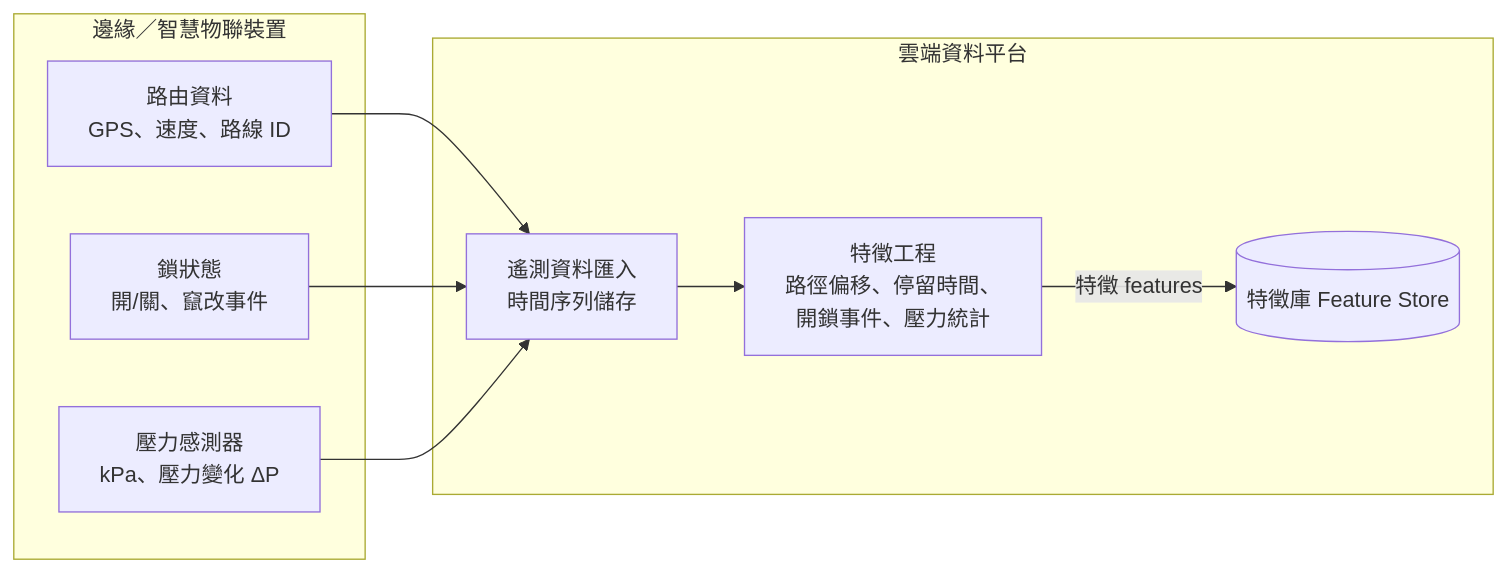
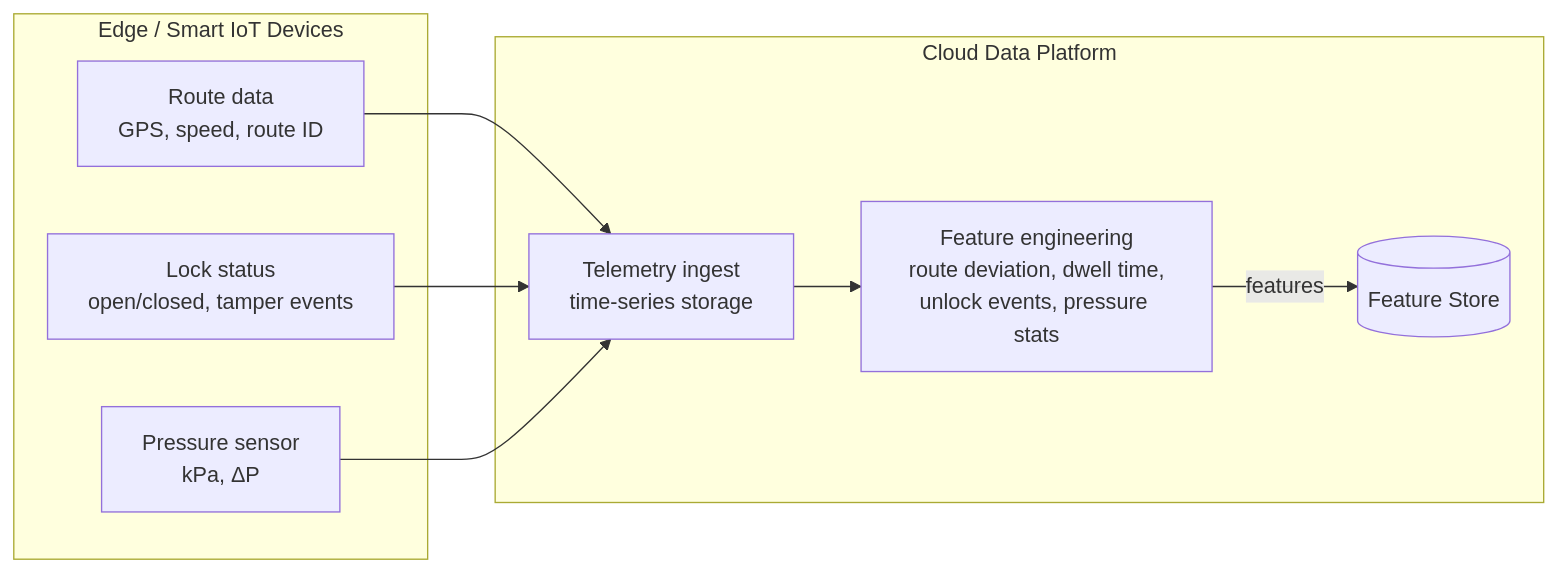
One commit to jshuo/ai-moea-proposal changed the seventh of 10 diagrams in proposal/ItracXing-Arviem-Taiwan-MOEA-Subsidy-Application.md. Above: the diagram before and after it, drawn with Mermaid. The commit also changed other lines of this file and 1 other file, not shown here.

Commit message:
Refactor diagrams and text for clarity and consistency in the AI Application Acceleration Program proposal

````diff
--- a/proposal/ItracXing-Arviem-Taiwan-MOEA-Subsidy-Application.md
+++ b/proposal/ItracXing-Arviem-Taiwan-MOEA-Subsidy-Application.md
@@ -814,22 +814,22 @@
 ```mermaid 
 flowchart LR
-  %% 圖 1：邊緣裝置與雲端匯入 → 特徵庫
-  subgraph Edge["邊緣／智慧物聯裝置"]
-    GPS[路由資料<br/>GPS、速度、路線 ID]
-    LOCK[鎖狀態<br/>開/關、竄改事件]
-    PRESS[壓力感測器<br/>kPa、壓力變化 ΔP]
+  %% Figure 1: Edge devices & cloud ingest → Feature Store
+  subgraph Edge["Edge / Smart IoT Devices"]
+    GPS[Route data<br/>GPS, speed, route ID]
+    LOCK[Lock status<br/>open/closed, tamper events]
+    PRESS[Pressure sensor<br/>kPa, ΔP]
   end
 
-  subgraph Ingest["雲端資料平台"]
-    RAW[遙測資料匯入<br/>時間序列儲存]
-    FEAT[特徵工程<br/>路徑偏移、停留時間、<br/>開鎖事件、壓力統計]
-    FEAT_HUB[(特徵庫 Feature Store)]
+  subgraph Ingest["Cloud Data Platform"]
+    RAW[Telemetry ingest<br/>time-series storage]
+    FEAT[Feature engineering<br/>route deviation, dwell time,<br/>unlock events, pressure stats]
+    FEAT_HUB[(Feature Store)]
   end
 
   GPS --> RAW
   LOCK --> RAW
   PRESS --> RAW
 
   RAW --> FEAT
-  FEAT -->|特徵 features| FEAT_HUB
+  FEAT -->|features| FEAT_HUB
 ```
````
